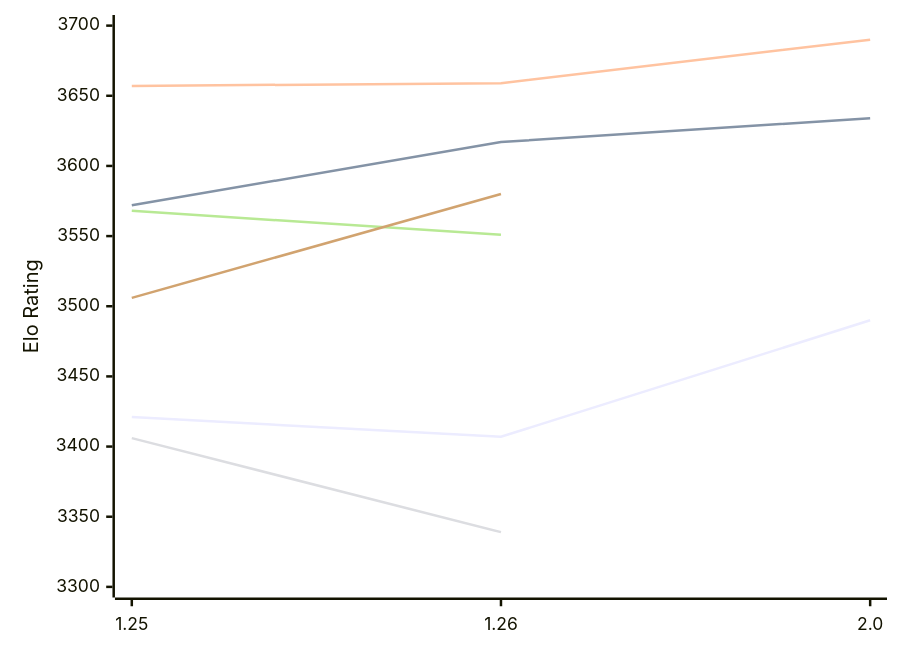
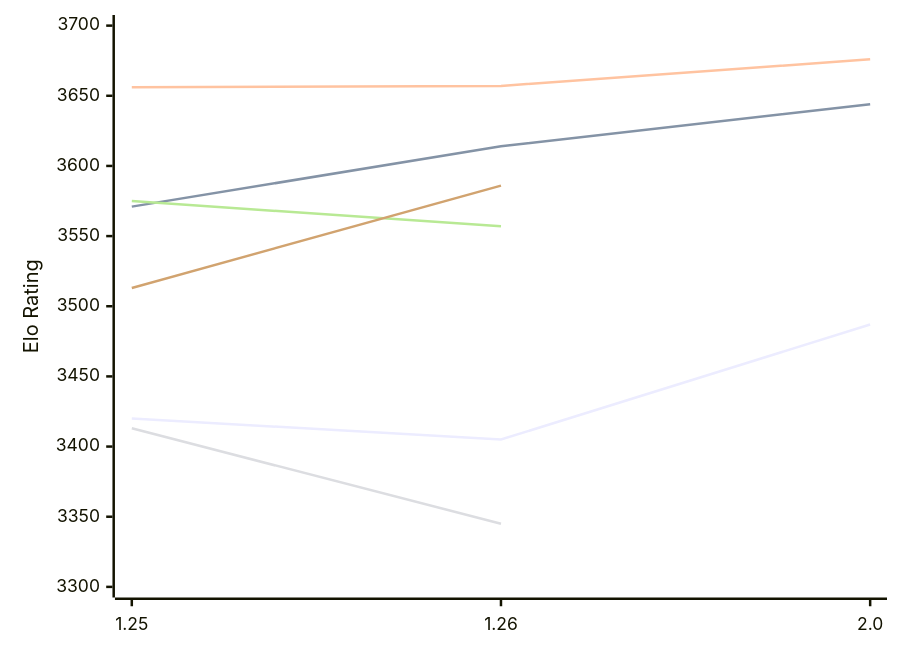
One commit to computer-chess-index/cci changed the first of 2 diagrams in engines/Caissa.md. Above: the diagram before and after it, drawn with Mermaid. The commit also changed other lines of this file, not shown here.

Commit message:
Update CCI Ratings (ELO VLTC) - 2026-11-23

````diff
--- a/engines/Caissa.md
+++ b/engines/Caissa.md
@@ -57,12 +57,12 @@
 ```mermaid
 %%{init: {"theme":"base","themeVariables":{"seriesColors:['#a3a3a3','#222221','#faa371']}}}%%
 xychart-beta
   x-axis ["1.25", "1.26", "2.0"]
   y-axis "Elo Rating" 3300 --> 3700
-  line "E1: STC (8.0+0.08s)" [3421, 3407, 3490]
-  line "E1: LTC (60.0+0.60s)" [3572, 3617, 3634]
-  line "E1: VLTC (2m24s+1.12s)" [3657, 3659, 3690]
-  line "P1: STC (8.0+0.08s)" [3406, 3339]
-  line "P1: LTC (60.0+0.60s)" [3568, 3551]
-  line "P1: VLTC (2m24s+1.12s)" [3506, 3580]
+  line "E1: STC (8.0+0.08s)" [3420, 3405, 3487]
+  line "E1: LTC (60.0+0.60s)" [3571, 3614, 3644]
+  line "E1: VLTC (2m24s+1.12s)" [3656, 3657, 3676]
+  line "P1: STC (8.0+0.08s)" [3413, 3345]
+  line "P1: LTC (60.0+0.60s)" [3575, 3557]
+  line "P1: VLTC (2m24s+1.12s)" [3513, 3586]
 ```
````
